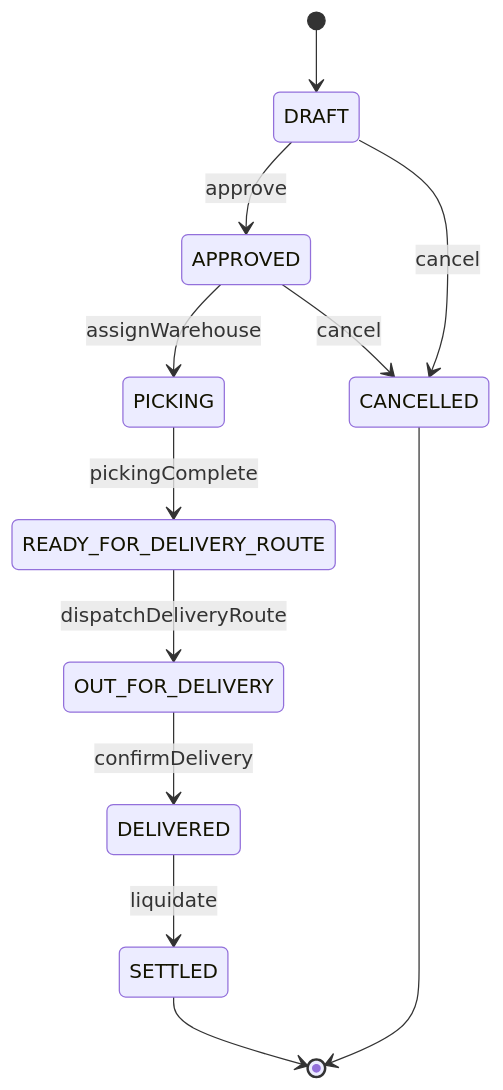
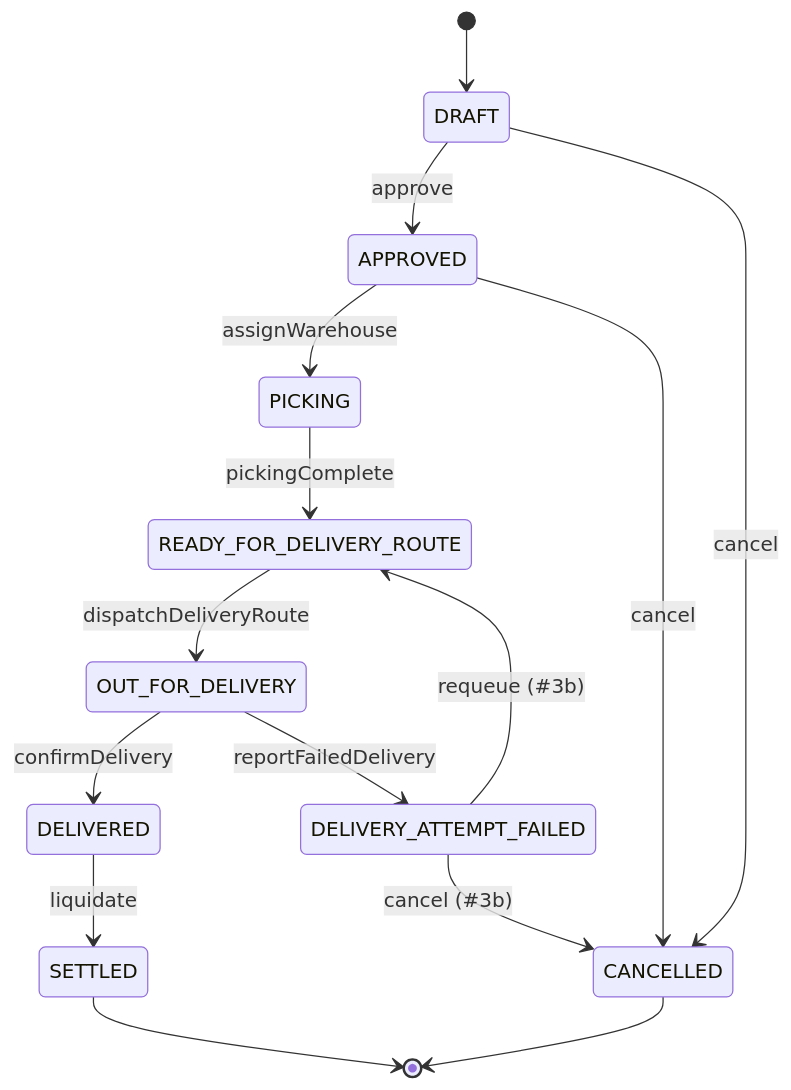
The diagram in docs/states/order.md (kevin-esq/binexus-platform), drawn with Mermaid before and after one commit. The commit also changed other lines of this file and 31 other files, not shown here.

First line of the commit message:
feat(logistics): implement failed delivery report and order pause state (#48)

````diff
--- a/docs/states/order.md
+++ b/docs/states/order.md
@@ -5,14 +5,17 @@
 ```mermaid
 stateDiagram-v2
     [*] --> DRAFT
     DRAFT --> APPROVED: approve
     DRAFT --> CANCELLED: cancel
     APPROVED --> PICKING: assignWarehouse
     APPROVED --> CANCELLED: cancel
     PICKING --> READY_FOR_DELIVERY_ROUTE: pickingComplete
     READY_FOR_DELIVERY_ROUTE --> OUT_FOR_DELIVERY: dispatchDeliveryRoute
     OUT_FOR_DELIVERY --> DELIVERED: confirmDelivery
+    OUT_FOR_DELIVERY --> DELIVERY_ATTEMPT_FAILED: reportFailedDelivery
+    DELIVERY_ATTEMPT_FAILED --> READY_FOR_DELIVERY_ROUTE: requeue (#3b)
+    DELIVERY_ATTEMPT_FAILED --> CANCELLED: cancel (#3b)
     DELIVERED --> SETTLED: liquidate
     SETTLED --> [*]
     CANCELLED --> [*]
 ```
````
